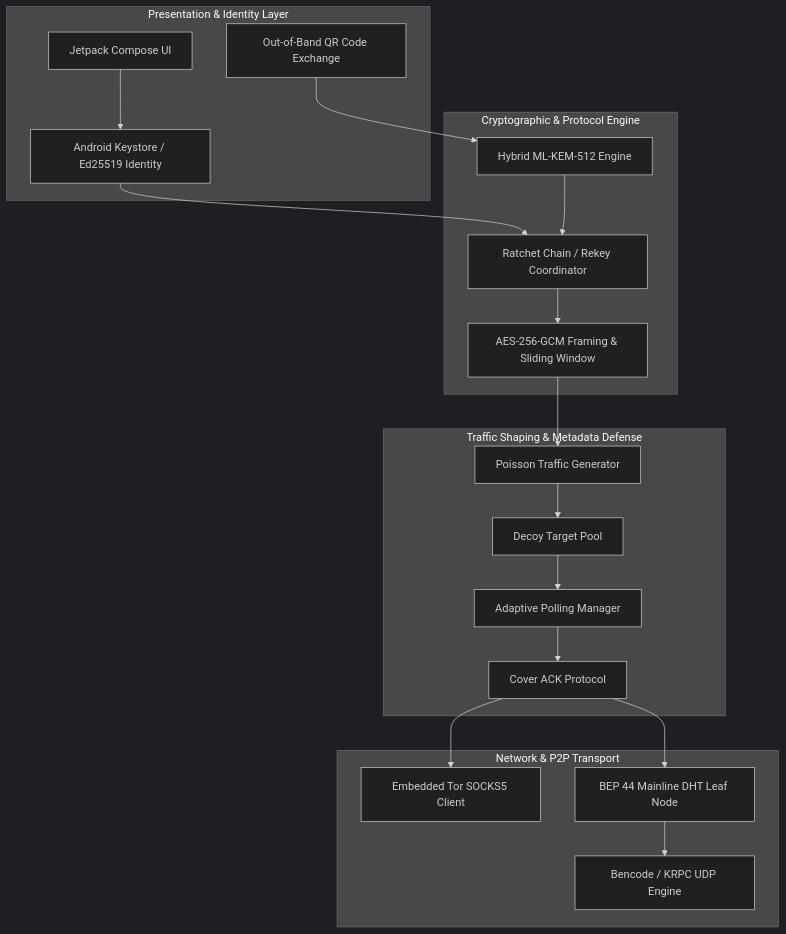
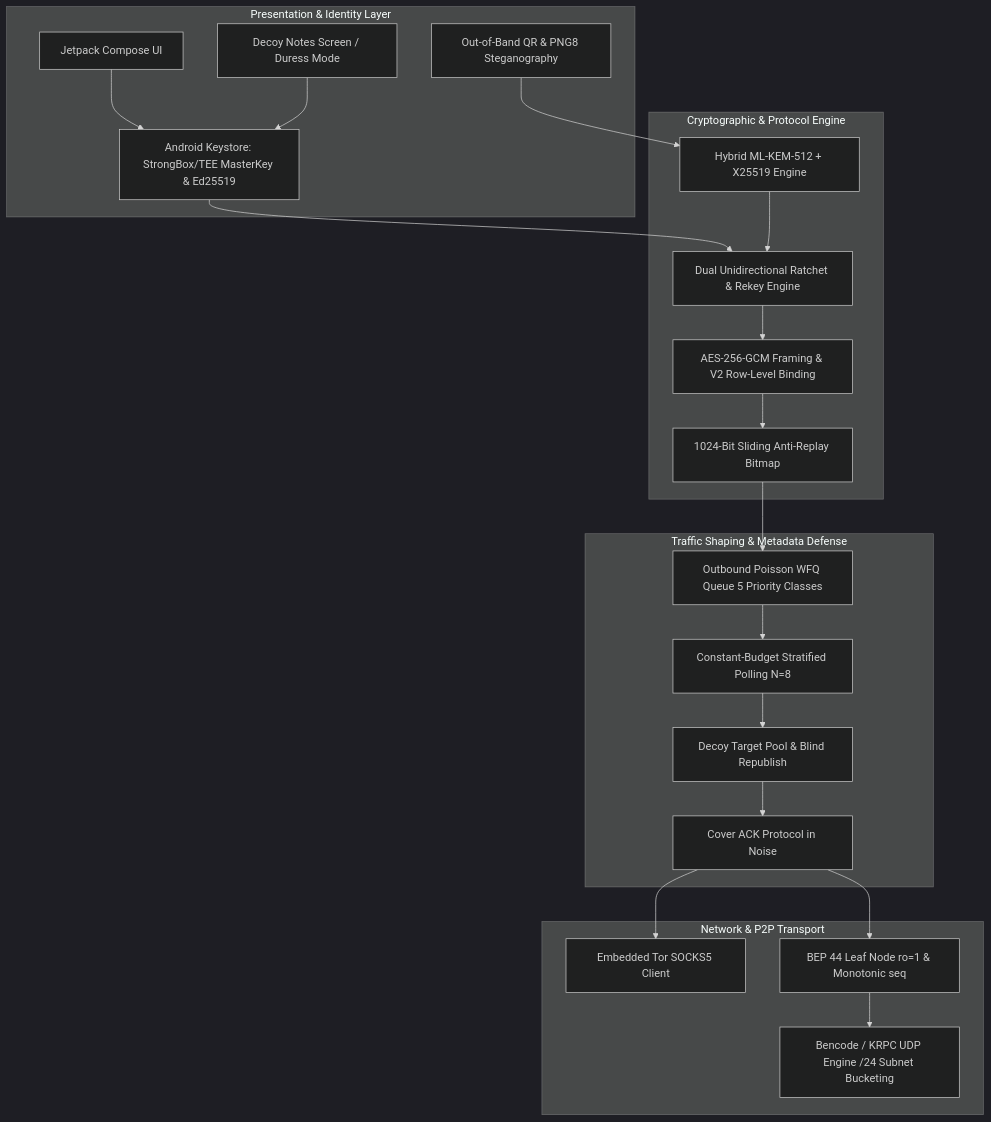
One commit to mppjuro/PQChat.DHT changed the first of 2 diagrams in README.md. Above: the diagram before and after it, drawn with Mermaid (dark theme). The commit also changed other lines of this file and 10 other files, not shown here.

````diff
--- a/README.md
+++ b/README.md
@@ -55,41 +55,44 @@
 ```mermaid
 flowchart TB
     subgraph UI_Layer [Presentation & Identity Layer]
         UI[Jetpack Compose UI]
-        QR[Out-of-Band QR Code Exchange]
-        KS[Android Keystore / Ed25519 Identity]
+        DECOY_UI[Decoy Notes Screen / Duress Mode]
+        QR[Out-of-Band QR & PNG8 Steganography]
+        KS[Android Keystore: StrongBox/TEE MasterKey & Ed25519]
     end
 
     subgraph Security_Layer [Cryptographic & Protocol Engine]
-        KEM[Hybrid ML-KEM-512 Engine]
-        RATCHET[Ratchet Chain / Rekey Coordinator]
-        AES[AES-256-GCM Framing & Sliding Window]
+        KEM[Hybrid ML-KEM-512 + X25519 Engine]
+        RATCHET[Dual Unidirectional Ratchet & Rekey Engine]
+        AES[AES-256-GCM Framing & V2 Row-Level Binding]
+        SLIDING[1024-Bit Sliding Anti-Replay Bitmap]
     end
 
     subgraph Traffic_Layer [Traffic Shaping & Metadata Defense]
-        POISSON[Poisson Traffic Generator]
-        DECOY[Decoy Target Pool]
-        POLL[Adaptive Polling Manager]
-        COVER[Cover ACK Protocol]
+        STRAT[Constant-Budget Stratified Polling N=8]
+        WFQ[Outbound Poisson WFQ Queue 5 Priority Classes]
+        DECOY_POOL[Decoy Target Pool & Blind Republish]
+        COVER[Cover ACK Protocol in Noise]
     end
 
     subgraph Transport_Layer [Network & P2P Transport]
         TOR[Embedded Tor SOCKS5 Client]
-        DHT[BEP 44 Mainline DHT Leaf Node]
-        BENCODE[Bencode / KRPC UDP Engine]
+        DHT[BEP 44 Leaf Node ro=1 & Monotonic seq]
+        KRPC[Bencode / KRPC UDP Engine /24 Subnet Bucketing]
     end
 
     UI --> KS
+    DECOY_UI --> KS
     QR --> KEM
     KS --> RATCHET
     KEM --> RATCHET
     RATCHET --> AES
-    AES --> POISSON
-    POISSON --> DECOY
-    DECOY --> POLL
-    POLL --> COVER
+    AES --> SLIDING
+    SLIDING --> WFQ
+    WFQ --> STRAT
+    STRAT --> DECOY_POOL
+    DECOY_POOL --> COVER
     COVER --> TOR
     COVER --> DHT
-    DHT --> BENCODE
-
+    DHT --> KRPC
 ```
````
